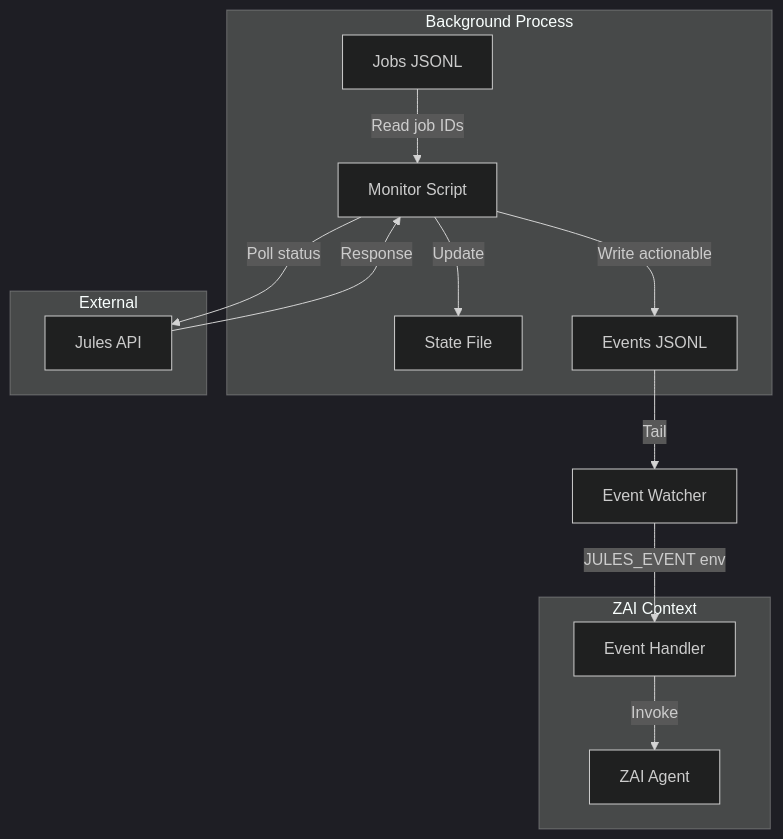
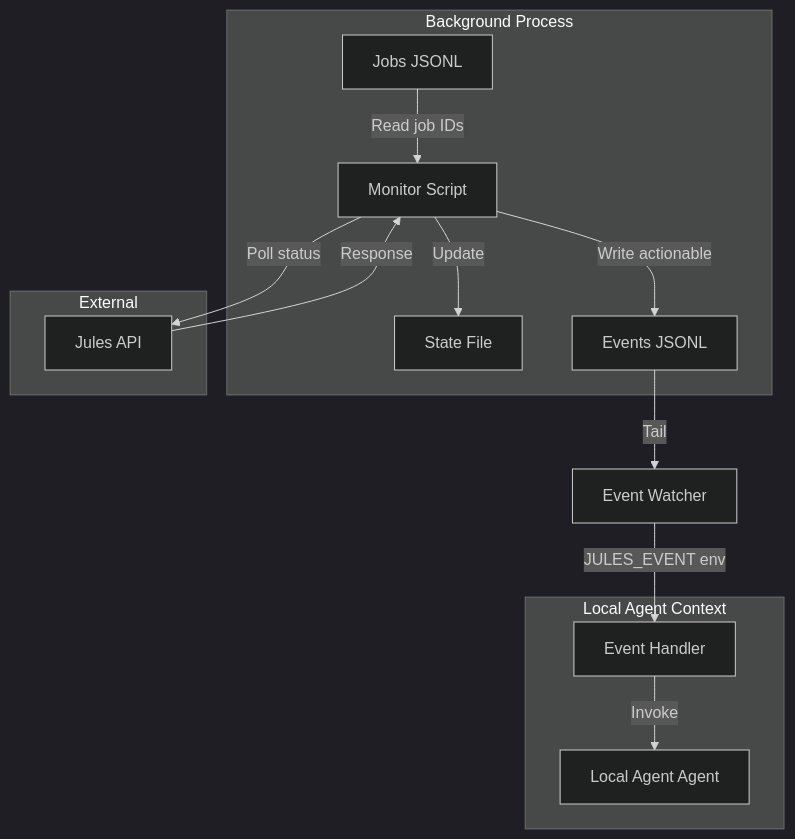
One commit to MikBin/jules-mpc changed the second of 3 diagrams in zai-jules-manager-architecture.md. Above: the diagram before and after it, drawn with Mermaid (dark theme). The commit also changed other lines of this file and 13 other files, not shown here.

````diff
--- a/zai-jules-manager-architecture.md
+++ b/zai-jules-manager-architecture.md
@@ -121,28 +121,28 @@
 ```mermaid
 flowchart TB
     subgraph Background Process
         M[Monitor Script]
         S[State File]
         J[Jobs JSONL]
         E[Events JSONL]
     end
     
-    subgraph ZAI Context
-        Z[ZAI Agent]
+    subgraph Local Agent Context
+        Z[Local Agent Agent]
         H[Event Handler]
     end
     
     subgraph External
         API[Jules API]
     end
     
     J -->|Read job IDs| M
     M -->|Poll status| API
     API -->|Response| M
     M -->|Update| S
     M -->|Write actionable| E
     
     E -->|Tail| W[Event Watcher]
     W -->|JULES_EVENT env| H
     H -->|Invoke| Z
 ```
````
